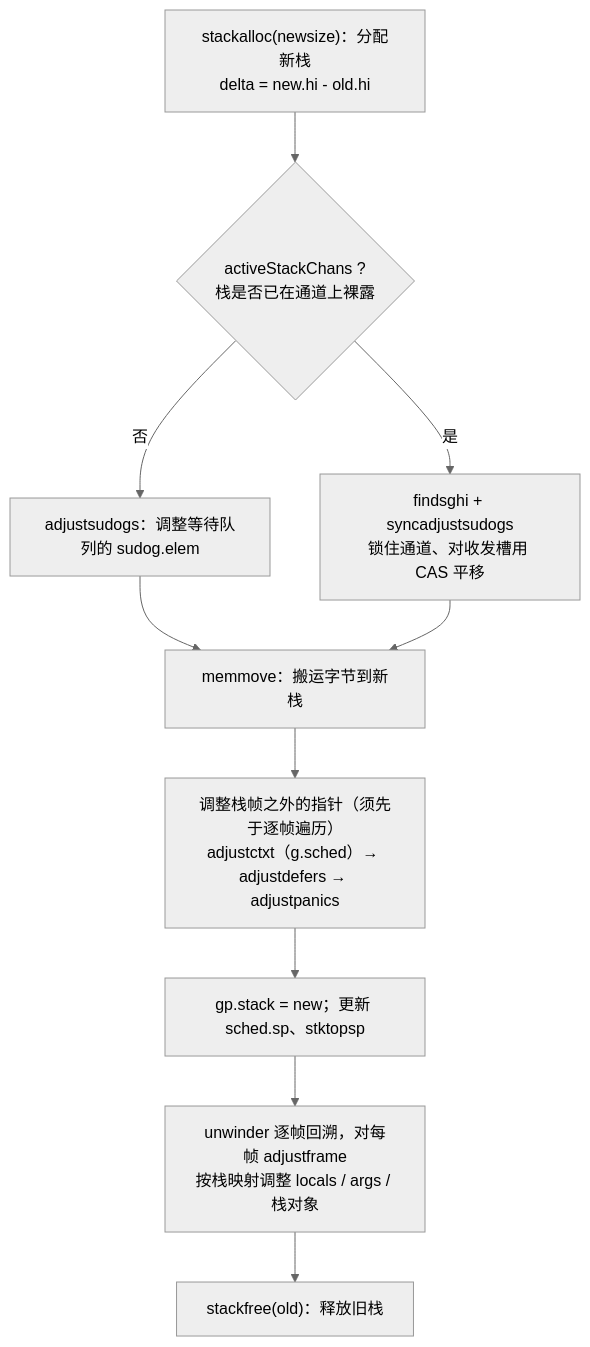
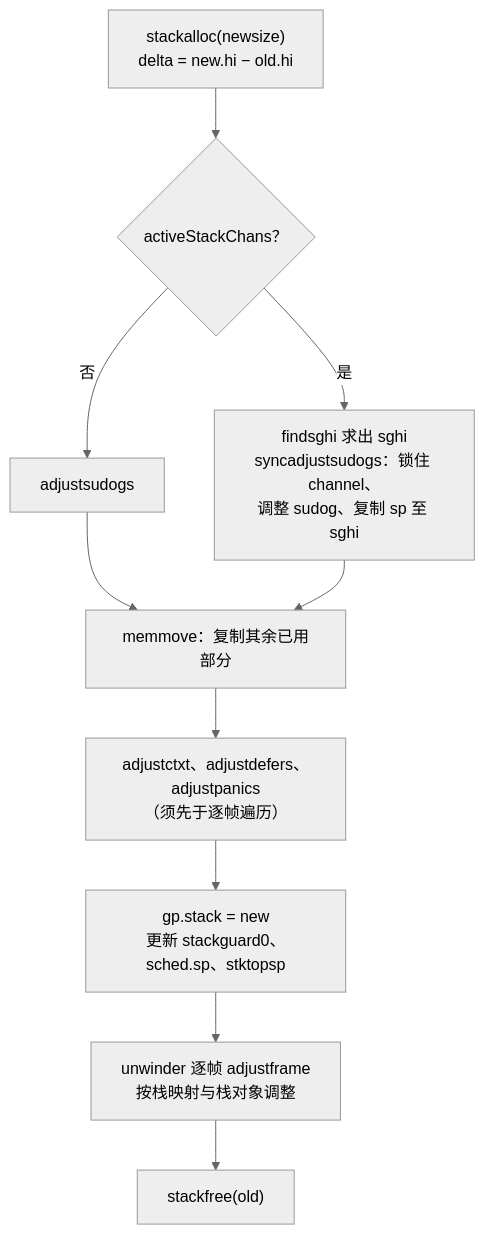
One commit to golang-design/under-the-hood changed the diagram in book/zh-cn/part4memory/ch14stack/copy.md. Above: the diagram before and after it, drawn with Mermaid (neutral theme). The commit also changed other lines of this file and 5 other files, not shown here.

````diff
--- a/book/zh-cn/part4memory/ch14stack/copy.md
+++ b/book/zh-cn/part4memory/ch14stack/copy.md
@@ -248,12 +399,12 @@
 ```mermaid
 flowchart TD
-    ALLOC["stackalloc(newsize)：分配新栈\ndelta = new.hi - old.hi"] --> CHANS{"activeStackChans ?\n栈是否已在通道上裸露"}
-    CHANS -->|否| SUDOG["adjustsudogs：调整等待队列的 sudog.elem"]
-    CHANS -->|是| SYNC["findsghi + syncadjustsudogs\n锁住通道、对收发槽用 CAS 平移"]
-    SUDOG --> MM["memmove：搬运字节到新栈"]
-    SYNC --> MM
-    MM --> EXTRA["调整栈帧之外的指针（须先于逐帧遍历）\nadjustctxt（g.sched）→ adjustdefers → adjustpanics"]
-    EXTRA --> SWAP["gp.stack = new；更新 sched.sp、stktopsp"]
-    SWAP --> FRAMES["unwinder 逐帧回溯，对每帧 adjustframe\n按栈映射调整 locals / args / 栈对象"]
-    FRAMES --> FREE["stackfree(old)：释放旧栈"]
+    A["stackalloc(newsize)<br/>delta = new.hi − old.hi"] --> B{"activeStackChans？"}
+    B -->|"否"| C["adjustsudogs"]
+    B -->|"是"| D["findsghi 求出 sghi<br/>syncadjustsudogs：锁住 channel、<br/>调整 sudog、复制 sp 至 sghi"]
+    C --> E["memmove：复制其余已用部分"]
+    D --> E
+    E --> F["adjustctxt、adjustdefers、adjustpanics<br/>（须先于逐帧遍历）"]
+    F --> G["gp.stack = new<br/>更新 stackguard0、sched.sp、stktopsp"]
+    G --> H["unwinder 逐帧 adjustframe<br/>按栈映射与栈对象调整"]
+    H --> I["stackfree(old)"]
 ```
````
